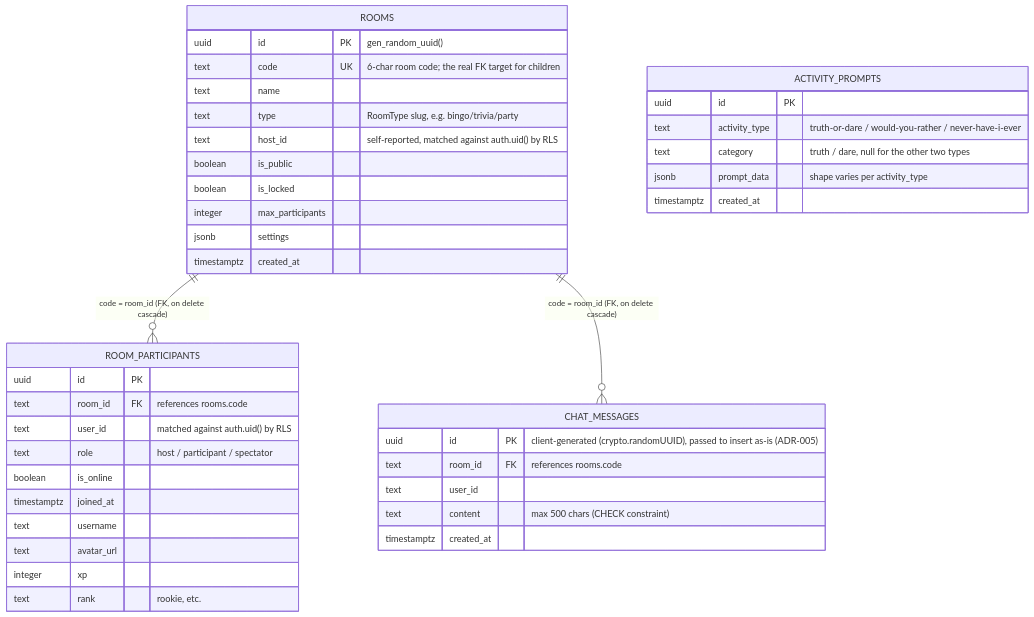
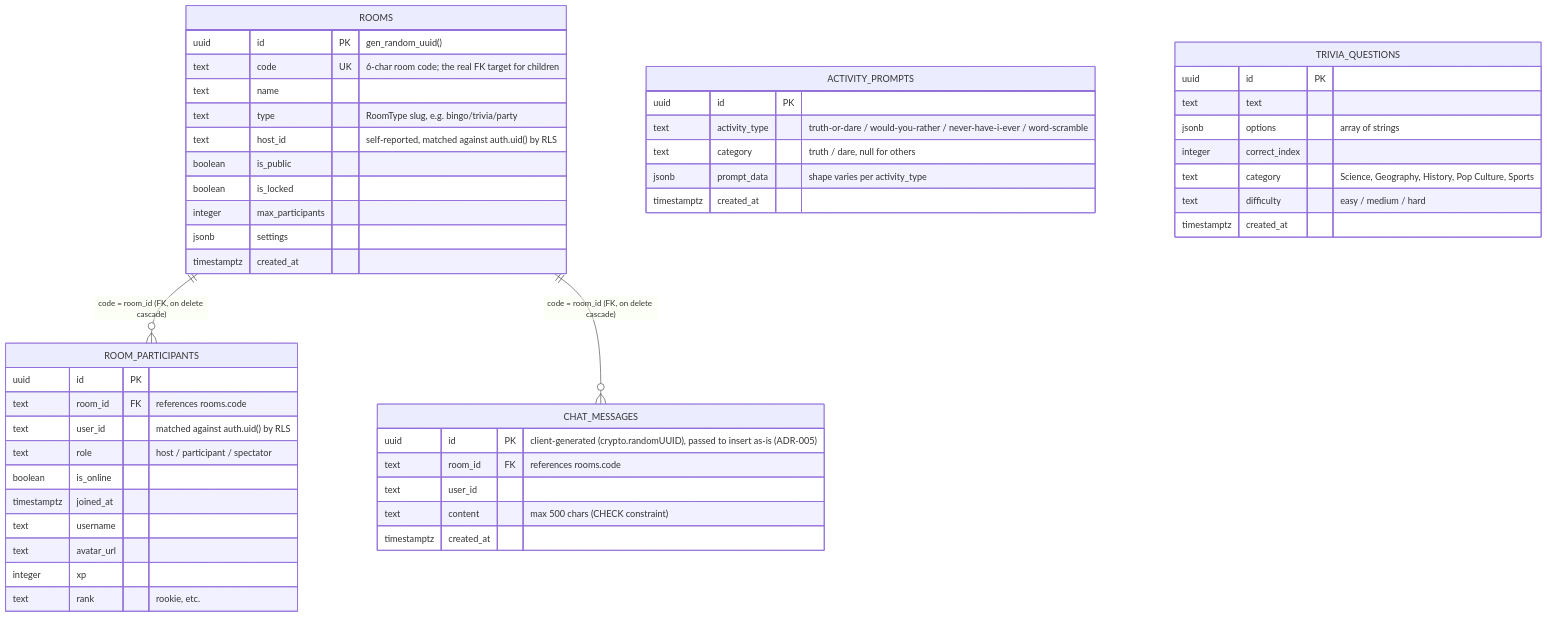
One commit to TejuBoricha/Spintra changed the diagram in docs/ARCHITECTURE.md. Above: the diagram before and after it, drawn with Mermaid. The commit also changed other lines of this file and 8 other files, not shown here.

Commit message:
feat: implement trivia and word scramble activities with supporting database schema and seed data

````diff
--- a/docs/ARCHITECTURE.md
+++ b/docs/ARCHITECTURE.md
@@ -389,47 +390,57 @@
 ```mermaid
 erDiagram
     ROOMS ||--o{ ROOM_PARTICIPANTS : "code = room_id (FK, on delete cascade)"
     ROOMS ||--o{ CHAT_MESSAGES : "code = room_id (FK, on delete cascade)"
 
     ROOMS {
         uuid id PK "gen_random_uuid()"
         text code UK "6-char room code; the real FK target for children"
         text name
         text type "RoomType slug, e.g. bingo/trivia/party"
         text host_id "self-reported, matched against auth.uid() by RLS"
         boolean is_public
         boolean is_locked
         integer max_participants
         jsonb settings
         timestamptz created_at
     }
 
     ROOM_PARTICIPANTS {
         uuid id PK
         text room_id FK "references rooms.code"
         text user_id "matched against auth.uid() by RLS"
         text role "host / participant / spectator"
         boolean is_online
         timestamptz joined_at
         text username
         text avatar_url
         integer xp
         text rank "rookie, etc."
     }
 
     CHAT_MESSAGES {
         uuid id PK "client-generated (crypto.randomUUID), passed to insert as-is (ADR-005)"
         text room_id FK "references rooms.code"
         text user_id
         text content "max 500 chars (CHECK constraint)"
         timestamptz created_at
     }
 
     ACTIVITY_PROMPTS {
         uuid id PK
-        text activity_type "truth-or-dare / would-you-rather / never-have-i-ever"
-        text category "truth / dare, null for the other two types"
+        text activity_type "truth-or-dare / would-you-rather / never-have-i-ever / word-scramble"
+        text category "truth / dare, null for others"
         jsonb prompt_data "shape varies per activity_type"
         timestamptz created_at
     }
+
+    TRIVIA_QUESTIONS {
+        uuid id PK
+        text text
+        jsonb options "array of strings"
+        integer correct_index
+        text category "Science, Geography, History, Pop Culture, Sports"
+        text difficulty "easy / medium / hard"
+        timestamptz created_at
+    }
 ```
````
